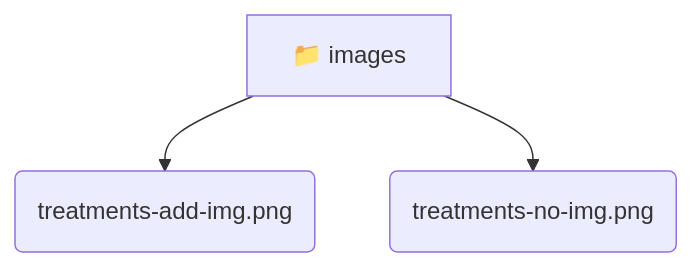
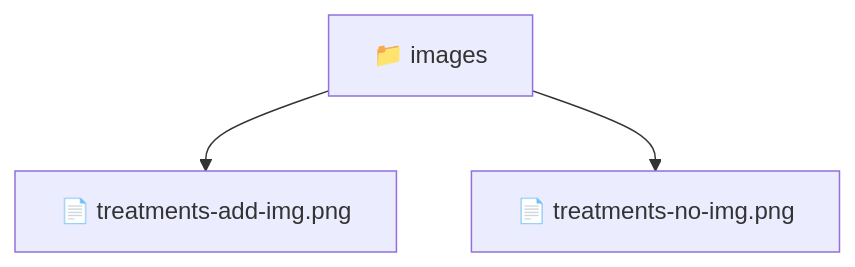
The diagram in frontend/public/images/README.md (beginwebdev2002/fullstack-mavluda), drawn with Mermaid before and after one commit. The commit also changed other lines of this file and 165 other files, not shown here.

First line of the commit message:
docs: generate localized architectural READMEs

````diff
--- a/frontend/public/images/README.md
+++ b/frontend/public/images/README.md
@@ -9,6 +9,6 @@
 ```mermaid
 graph TD
-  images[📁 images]
-  images --> images_treatments_add_img_png(treatments-add-img.png)
-  images --> images_treatments_no_img_png(treatments-no-img.png)
+  images["📁 images"]
+  images --> treatments_add_img_png["📄 treatments-add-img.png"]
+  images --> treatments_no_img_png["📄 treatments-no-img.png"]
 ```
````
